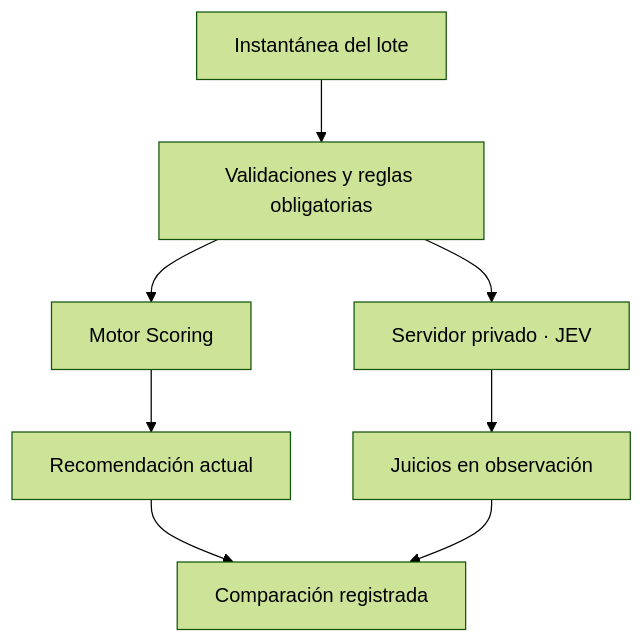
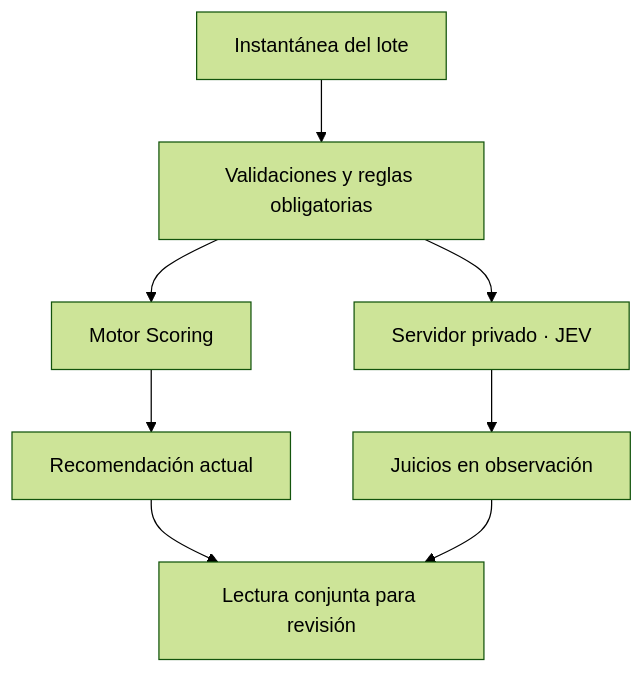
Before and after one commit to jesusvvg/Calculadora-FBA-Amazon-Compuesto: the diagram in docs/JEV_INTEGRATION_V0_1.md, drawn with Mermaid (forest theme). The commit also changed other lines of this file and 4 other files, not shown here.

````diff
--- a/docs/JEV_INTEGRATION_V0_1.md
+++ b/docs/JEV_INTEGRATION_V0_1.md
@@ -84,10 +92,10 @@
 ```mermaid
 flowchart TD
   A["Instantánea del lote"] --> B["Validaciones y reglas obligatorias"]
   B --> C["Motor Scoring"]
   B --> D["Servidor privado · JEV"]
   C --> E["Recomendación actual"]
   D --> F["Juicios en observación"]
-  E --> G["Comparación registrada"]
+  E --> G["Lectura conjunta para revisión"]
   F --> G
 ```
````
